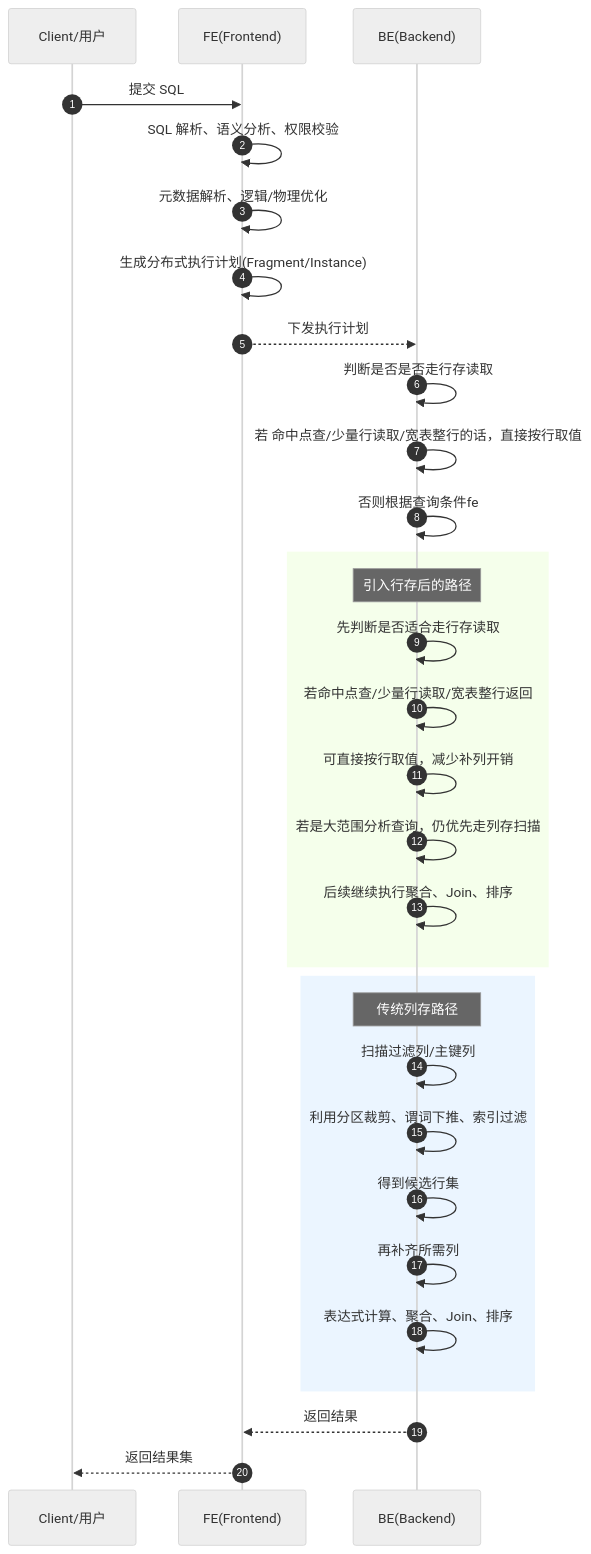
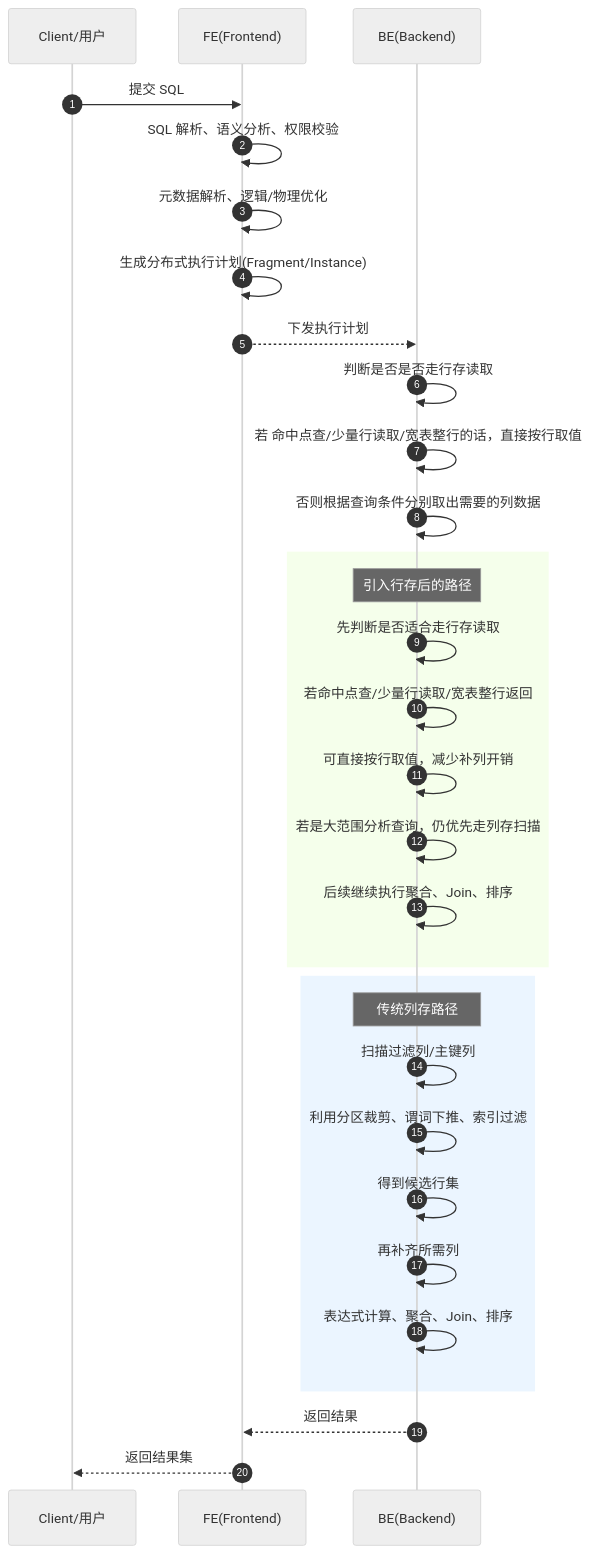
Before and after one commit to HY-10-8/iodraw-files: the diagram in all/未命名-4.md, drawn with Mermaid (neutral theme).

Commit message:
2026-04-22 17:47:03 update

````diff
--- a/all/未命名-4.md
+++ b/all/未命名-4.md
@@ -1,52 +1,53 @@
 ```mermaid
 sequenceDiagram
     autonumber
 
     participant Client as Client/用户
     participant FE as FE(Frontend)
     participant BE as BE(Backend)
     
     Client->>FE: 提交 SQL
     FE->>FE: SQL 解析、语义分析、权限校验
     FE->>FE: 元数据解析、逻辑/物理优化
     FE->>FE: 生成分布式执行计划(Fragment/Instance)
     FE-->>BE: 下发执行计划
 
     BE->>BE: 判断是否是否走行存读取
     BE->>BE: 若 命中点查/少量行读取/宽表整行的话，直接按行取值
-    BE->>BE: 否则根据查询条件fe
+    BE->>BE: 否则根据查询条件分别取出需要的列数据
+    
 
 
 
 
     rect rgb(245,255,235)
         Note over BE: 引入行存后的路径
         BE->>BE: 先判断是否适合走行存读取
         BE->>BE: 若命中点查/少量行读取/宽表整行返回
         BE->>BE: 可直接按行取值，减少补列开销
         BE->>BE: 若是大范围分析查询，仍优先走列存扫描
         BE->>BE: 后续继续执行聚合、Join、排序
     end
 
 
     rect rgb(235,245,255)
         Note over BE: 传统列存路径
         BE->>BE: 扫描过滤列/主键列
         BE->>BE: 利用分区裁剪、谓词下推、索引过滤
         BE->>BE: 得到候选行集
         BE->>BE: 再补齐所需列
         BE->>BE: 表达式计算、聚合、Join、排序
     end
 
     BE-->>FE: 返回结果
     FE-->>Client: 返回结果集
 
 
 
 
 
 
 
 
 
 ```
````
